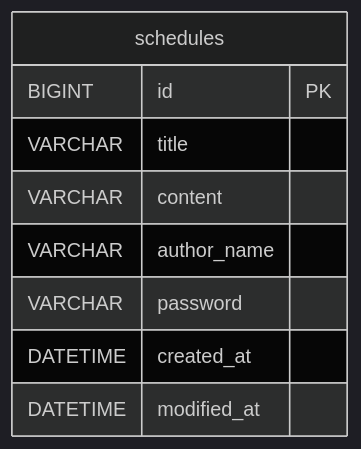
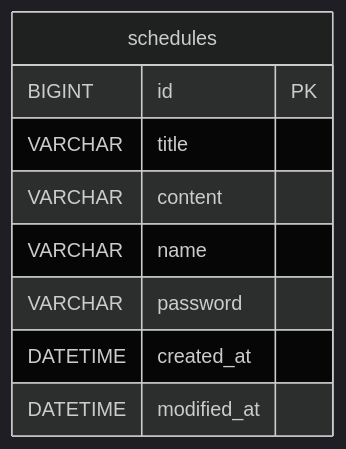
The diagram in README.md (munhyerin22/plan-it), drawn with Mermaid (dark theme) before and after one commit.

````diff
--- a/README.md
+++ b/README.md
@@ -35,14 +35,14 @@
 ```mermaid
 erDiagram
 
     schedules {
         BIGINT id PK
         VARCHAR title
         VARCHAR content
-        VARCHAR author_name
+        VARCHAR name
         VARCHAR password
         DATETIME created_at
         DATETIME modified_at
     }
 
 ```
````
